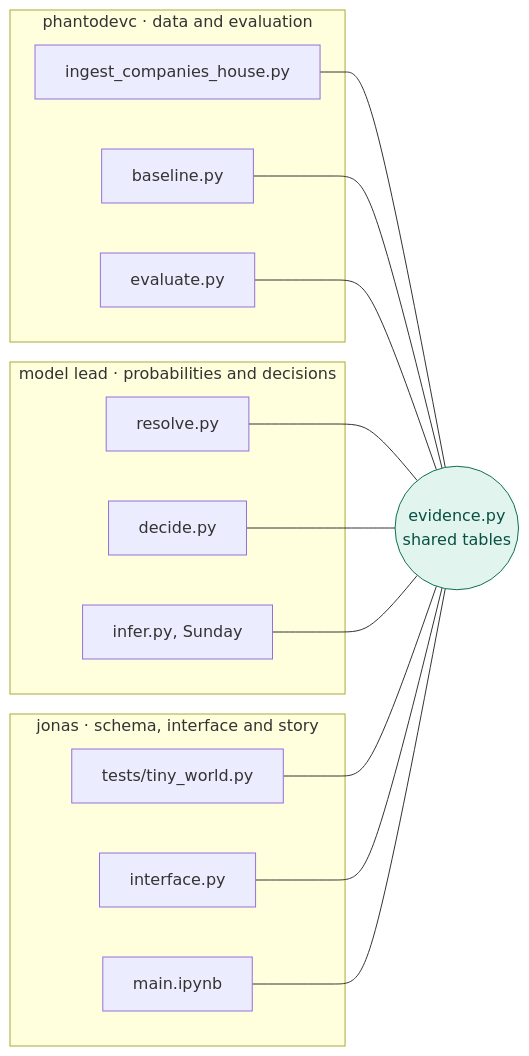
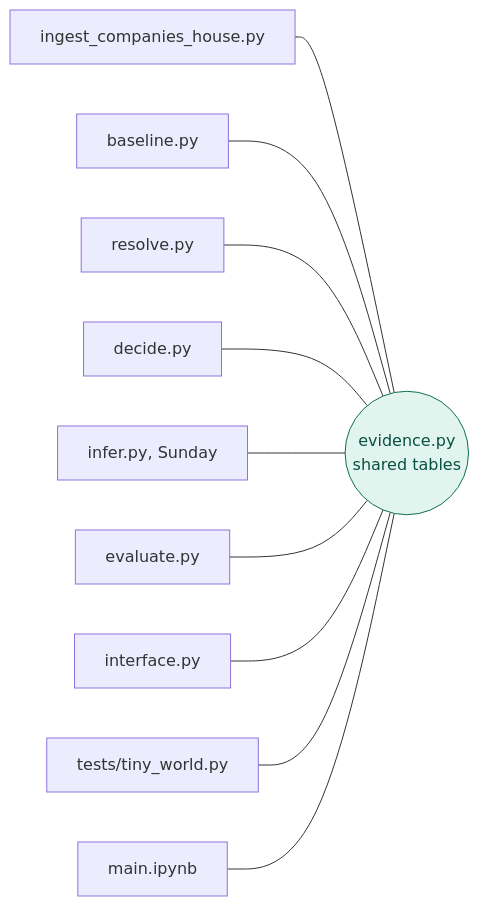
The diagram in vault/Project/Plan.md (C-Nietzschmann/veritas-hackathon), drawn with Mermaid before and after one commit. The commit also changed other lines of this file and 5 other files, not shown here.

````diff
--- a/vault/Project/Plan.md
+++ b/vault/Project/Plan.md
@@ -16,29 +56,14 @@
 ```mermaid
 flowchart LR
     S(("evidence.py<br/>shared tables")):::schema
-    subgraph DATA["phantodevc · data and evaluation"]
-        A["ingest_companies_house.py"]
-        B["baseline.py"]
-        V["evaluate.py"]
-    end
-    subgraph MODEL["model lead · probabilities and decisions"]
-        R["resolve.py"]
-        C["decide.py"]
-        W["infer.py, Sunday"]
-    end
-    subgraph STORY["jonas · schema, interface and story"]
-        T["tests/tiny_world.py"]
-        I["interface.py"]
-        N["main.ipynb"]
-    end
-    A --- S
-    B --- S
-    V --- S
-    R --- S
-    C --- S
-    W --- S
-    T --- S
-    I --- S
-    N --- S
+    A["ingest_companies_house.py"] --- S
+    B["baseline.py"] --- S
+    R["resolve.py"] --- S
+    C["decide.py"] --- S
+    W["infer.py, Sunday"] --- S
+    V["evaluate.py"] --- S
+    I["interface.py"] --- S
+    T["tests/tiny_world.py"] --- S
+    N["main.ipynb"] --- S
     classDef schema fill:#E1F5EE,stroke:#0F6E56,color:#085041
 ```
````
